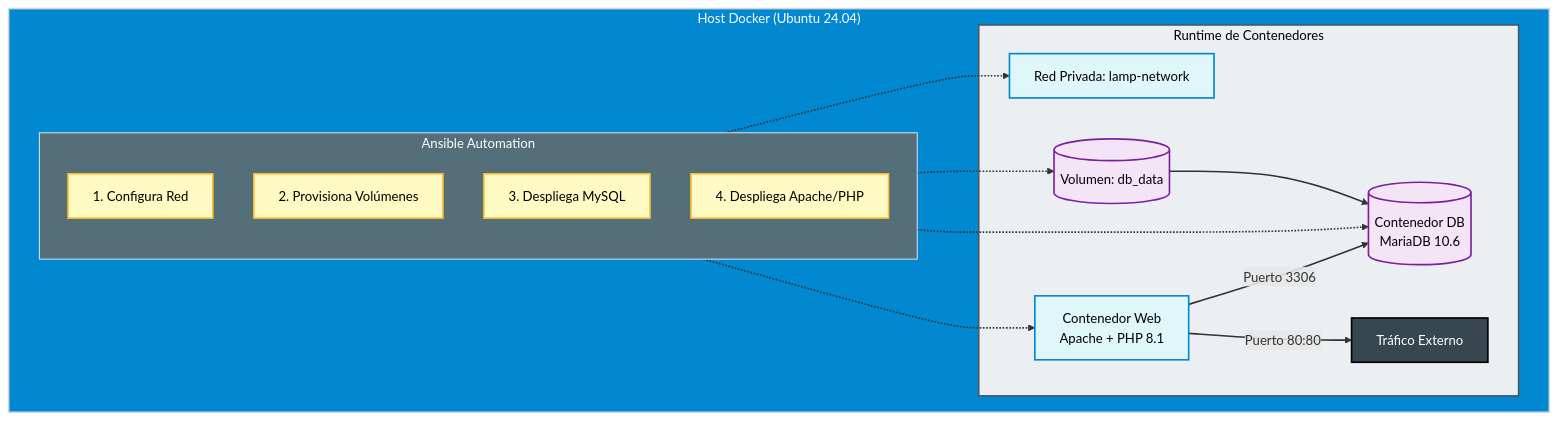
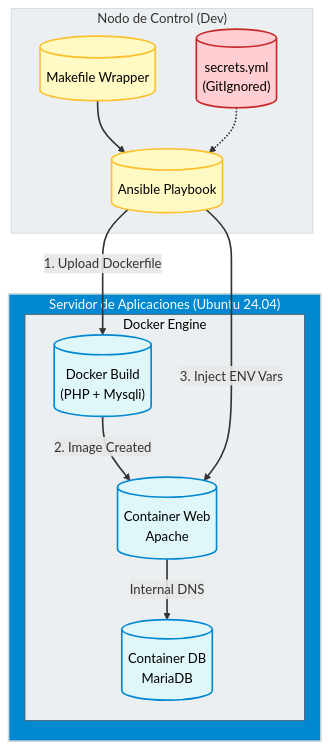
Before and after one commit to daniel-zamo/daniel-zamo.github.io: the diagram in src/content/docs/es/projects/middleware/lamp-ansible-docker.mdx, drawn with Mermaid. The commit also changed other lines of this file and 1 other file, not shown here.

Commit message:
lamp-ansible-docker.mdx with deploy with make

````diff
--- a/src/content/docs/es/projects/middleware/lamp-ansible-docker.mdx
+++ b/src/content/docs/es/projects/middleware/lamp-ansible-docker.mdx
@@ -29,55 +29,36 @@
 ```mermaid
 graph TD
-    %% --- Definición de Estilos (Paleta de Alto Contraste) ---
-    %% Ansible: Fondo amarillo suave, borde naranja, TEXTO NEGRO
+    %% --- Definición de Estilos ---
     classDef ansibleNode fill:#fff9c4,stroke:#fbc02d,stroke-width:2px,color:#000000;
-    
-    %% Docker General: Fondo cian suave, borde azul, TEXTO NEGRO
     classDef dockerNode fill:#e0f7fa,stroke:#0288d1,stroke-width:2px,color:#000000;
-    
-    %% Base de Datos/Volumen: Fondo púrpura suave, borde violeta, TEXTO NEGRO
-    classDef dbNode fill:#f3e5f5,stroke:#7b1fa2,stroke-width:2px,color:#000000;
-    
-    %% Externo: Fondo oscuro, borde negro, TEXTO BLANCO
-    classDef extNode fill:#37474f,stroke:#000000,stroke-width:2px,color:#ffffff;
+    classDef secretNode fill:#ffcdd2,stroke:#c62828,stroke-width:2px,color:#000000;
 
-    subgraph Host ["Host Docker (Ubuntu 24.04)"]
-        %% Forzamos estilo del subgraph para que se vea bien en Dark Mode
-        style Host fill:#0288d1,stroke:#cfd8dc,stroke-width:2px,color:#ffffff
+    subgraph Control_Node ["Nodo de Control (Dev)"]
+        style Control_Node fill:#eceff1,stroke:#cfd8dc
+        Make[("Makefile Wrapper")]:::ansibleNode
+        Ansible[("Ansible Playbook")]:::ansibleNode
+        Secrets[("secrets.yml<br/>(GitIgnored)")]:::secretNode
+        
+        Make --> Ansible
+        Secrets -.-> Ansible
+    end
 
-        subgraph Ansible_Playbook ["Ansible Automation"]
-            style Ansible_Playbook fill:#546e7a,stroke:#fff,stroke-width:1px,color:#fff
-            direction TB
+    subgraph Remote_Host ["Servidor de Aplicaciones (Ubuntu 24.04)"]
+        style Remote_Host fill:#0288d1,stroke:#cfd8dc,stroke-width:2px,color:#ffffff
+        
+        subgraph Docker_Runtime ["Docker Engine"]
+            style Docker_Runtime fill:#eceff1,stroke:#455a64,color:#000000
             
-            %% Aplicamos la clase 'ansibleNode' con :::
-            Task1["1. Configura Red"]:::ansibleNode
-            Task2["2. Provisiona Volúmenes"]:::ansibleNode
-            Task3["3. Despliega MySQL"]:::ansibleNode
-            Task4["4. Despliega Apache/PHP"]:::ansibleNode
-        end
-
-        subgraph Docker_Runtime ["Runtime de Contenedores"]
-            style Docker_Runtime fill:#eceff1,stroke:#455a64,stroke-width:2px,color:#000000
+            Build[("Docker Build<br/>(PHP + Mysqli)")]:::dockerNode
+            App[("Container Web<br/>Apache")]:::dockerNode
+            DB[("Container DB<br/>MariaDB")]:::dockerNode
             
-            %% Aplicamos clases específicas
-            Net["Red Privada: lamp-network"]:::dockerNode
-            
-            DB[("Contenedor DB<br/>MariaDB 10.6")]:::dbNode
-            Web["Contenedor Web<br/>Apache + PHP 8.1"]:::dockerNode
-            Ext["Tráfico Externo"]:::extNode
-            
-            Vol1[("Volumen: db_data")]:::dbNode --> DB
-            
-            Web -- "Puerto 3306" --> DB
-            Web -- "Puerto 80:80" --> Ext
-            
-            Task1 -.-> Net
-            Task2 -.-> Vol1
-            Task3 -.-> DB
-            Task4 -.-> Web
+            Ansible -- "1. Upload Dockerfile" --> Build
+            Build -- "2. Image Created" --> App
+            Ansible -- "3. Inject ENV Vars" --> App
+            App -- "Internal DNS" --> DB
         end
     end
     
-    %% --- Engrosar todas las líneas ---
     linkStyle default stroke:#333,stroke-width:2px,fill:none;
 ```
````
